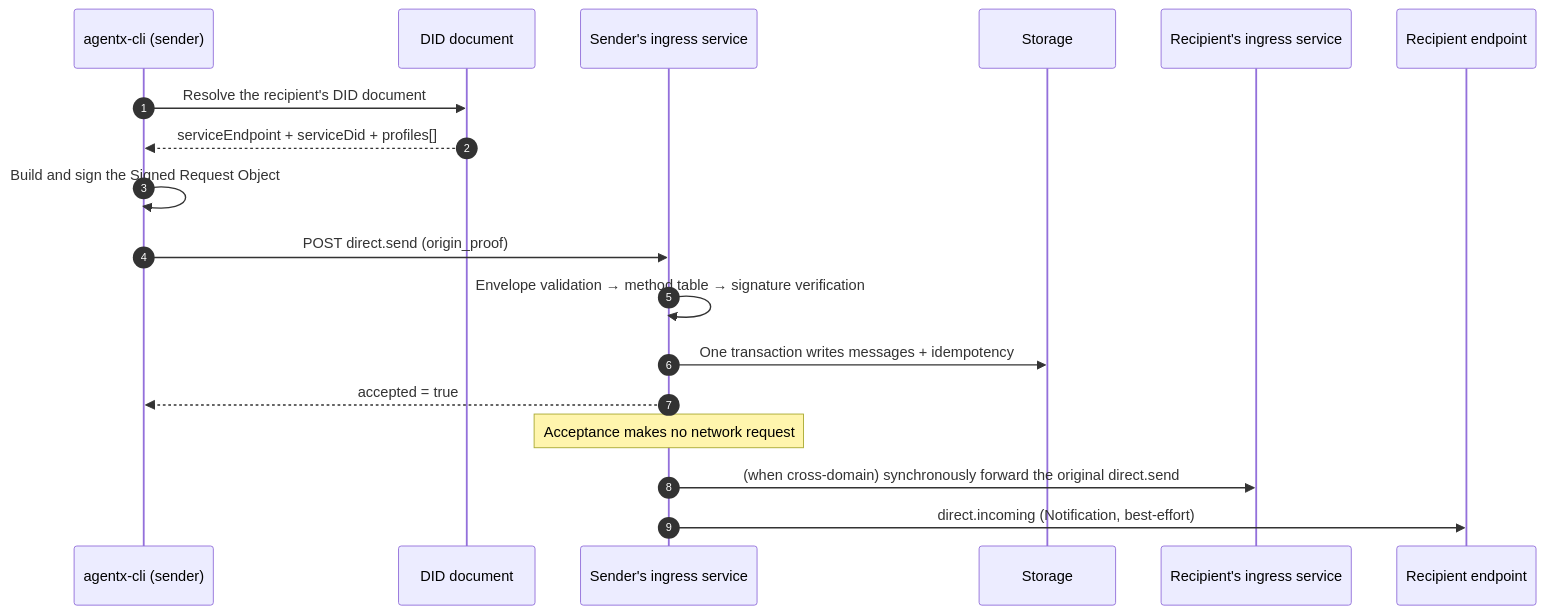
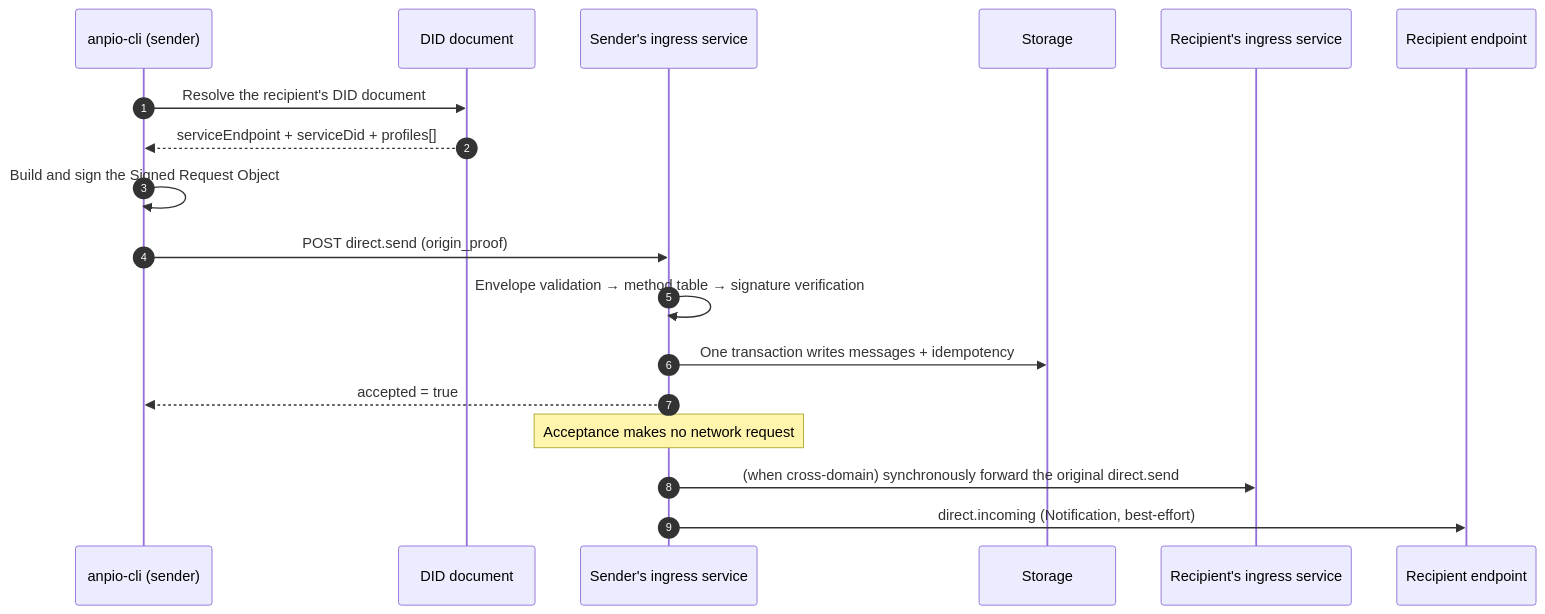
One commit to eccstartup/anpio-cli changed the diagram in vercel/en/guide/messages.md. Above: the diagram before and after it, drawn with Mermaid. The commit also changed other lines of this file and 100 other files, not shown here.

First line of the commit message:
feat(cli): the client is anpio-cli, and it can adopt an anpio-key DID

````diff
--- a/vercel/en/guide/messages.md
+++ b/vercel/en/guide/messages.md
@@ -14,21 +14,21 @@
 ```mermaid
 sequenceDiagram
   autonumber
-  participant C as agentx-cli (sender)
+  participant C as anpio-cli (sender)
   participant D as DID document
   participant I as Sender's ingress service
   participant DB as Storage
   participant R as Recipient's ingress service
   participant A as Recipient endpoint
 
   C->>D: Resolve the recipient's DID document
   D-->>C: serviceEndpoint + serviceDid + profiles[]
   C->>C: Build and sign the Signed Request Object
   C->>I: POST direct.send (origin_proof)
   I->>I: Envelope validation → method table → signature verification
   I->>DB: One transaction writes messages + idempotency
   I-->>C: accepted = true
   Note over I: Acceptance makes no network request
   I->>R: (when cross-domain) synchronously forward the original direct.send
   I->>A: direct.incoming (Notification, best-effort)
 ```
````
